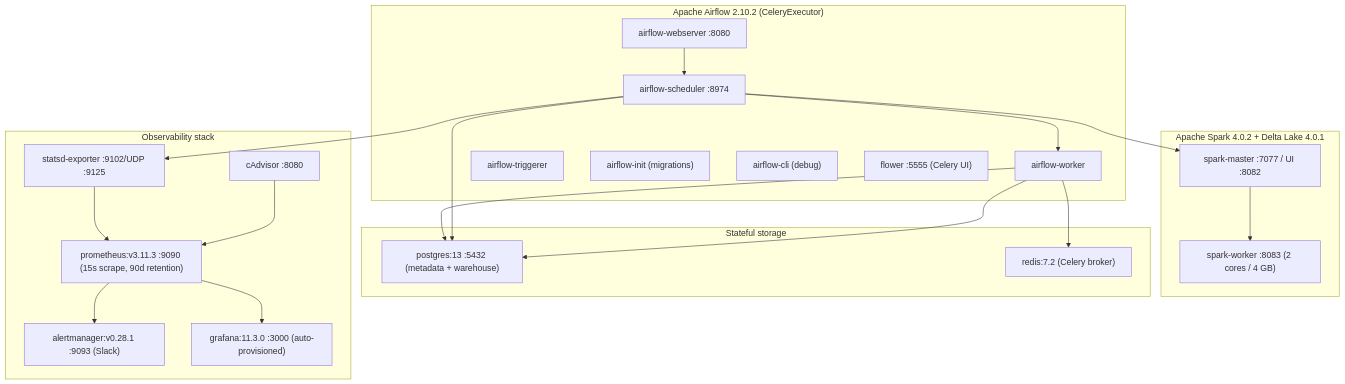
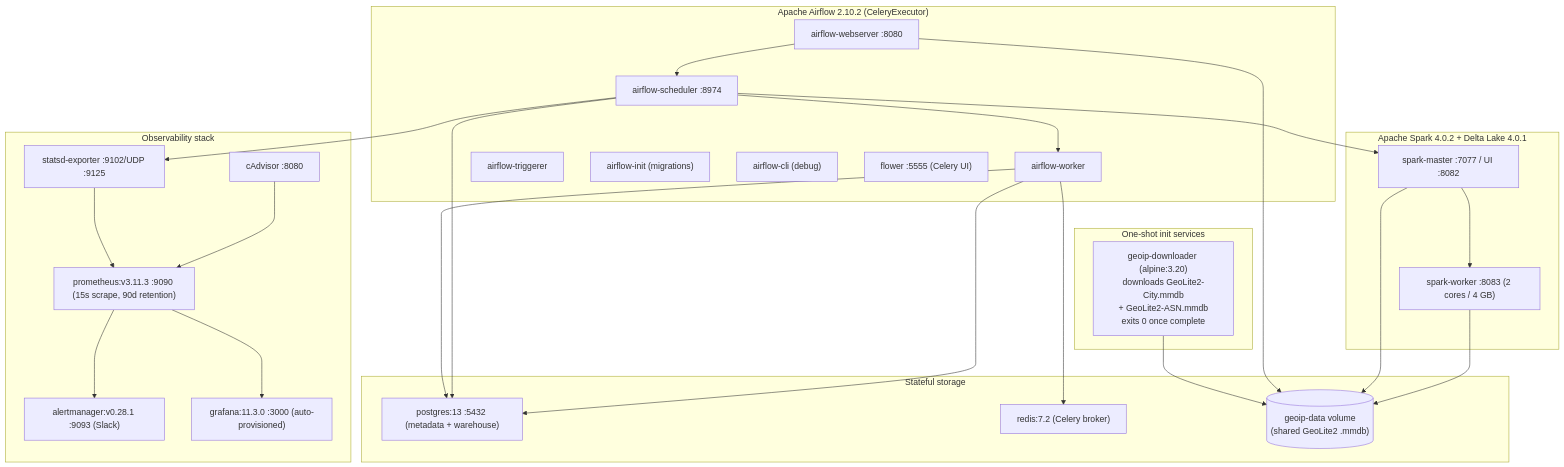
One commit to AhmedIkram05/w3c-etl-pipeline changed the sixth of 14 diagrams in README.md. Above: the diagram before and after it, drawn with Mermaid. The commit also changed other lines of this file, not shown here.

Commit message:
docs: update README with enhanced pipeline details, including data volume, quality metrics, and infrastructure changes

````diff
--- a/README.md
+++ b/README.md
@@ -238,44 +290,53 @@
 ```mermaid
 flowchart TB
     subgraph airflow_svc["Apache Airflow 2.10.2 (CeleryExecutor)"]
         web["airflow-webserver :8080"]
         sched["airflow-scheduler :8974"]
         worker["airflow-worker"]
         trigger["airflow-triggerer"]
         init["airflow-init (migrations)"]
         cli["airflow-cli (debug)"]
         flower["flower :5555 (Celery UI)"]
     end
 
     subgraph spark_svc["Apache Spark 4.0.2 + Delta Lake 4.0.1"]
         sm["spark-master :7077 / UI :8082"]
         sw["spark-worker :8083 (2 cores / 4 GB)"]
     end
 
+    subgraph init_svc["One-shot init services"]
+        geo["geoip-downloader (alpine:3.20)<br/>downloads GeoLite2-City.mmdb<br/>+ GeoLite2-ASN.mmdb<br/>exits 0 once complete"]
+    end
+
     subgraph storage_svc["Stateful storage"]
         pg["postgres:13 :5432 (metadata + warehouse)"]
         redis["redis:7.2 (Celery broker)"]
+        geo_vol[("geoip-data volume<br/>(shared GeoLite2 .mmdb)")]
     end
 
     subgraph obs_svc["Observability stack"]
         prom["prometheus:v3.11.3 :9090 (15s scrape, 90d retention)"]
         am["alertmanager:v0.28.1 :9093 (Slack)"]
         se["statsd-exporter :9102/UDP :9125"]
         cadv["cAdvisor :8080"]
         graf["grafana:11.3.0 :3000 (auto-provisioned)"]
     end
 
     web --> sched
     sched --> worker
     worker --> redis
     worker --> pg
     sched --> pg
     sm --> sw
     sched --> sm
     worker --> pg
     sched --> se
     se --> prom
     cadv --> prom
     prom --> am
     prom --> graf
+    geo --> geo_vol
+    web --> geo_vol
+    sm --> geo_vol
+    sw --> geo_vol
 ```
````
